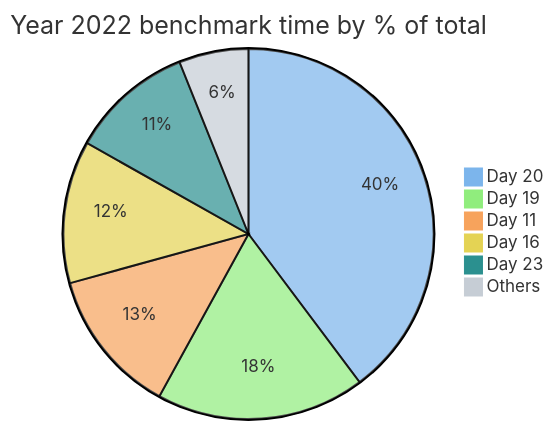
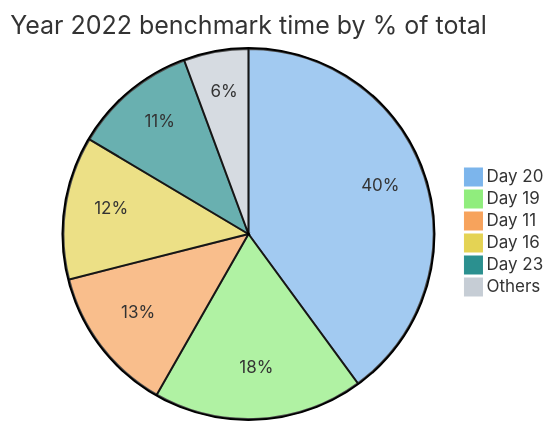
The second of 4 diagrams in README.md (maneatingape/advent-of-code-rust), drawn with Mermaid before and after one commit. The commit also changed other lines of this file and 1 other file, not shown here.

Commit message:
Use vec instead of HashMap

````diff
--- a/README.md
+++ b/README.md
@@ -61,11 +61,11 @@
 ```mermaid
 %%{init: {'theme': 'base', 'themeVariables': { 'pie1': '#7cb5ec', 'pie2': '#90ed7d', 'pie3': '#f7a35c', 'pie4': '#e4d354', 'pie5': '#2b908f', 'pie6': '#c6cdd5'}}}%%
 pie
     title Year 2022 benchmark time by % of total
     "Day 20" : 7449
     "Day 19" : 3416
     "Day 11" : 2386
     "Day 16" : 2331
     "Day 23" : 2017
-    "Others" : 1137
+    "Others" : 1052
 ```
````
